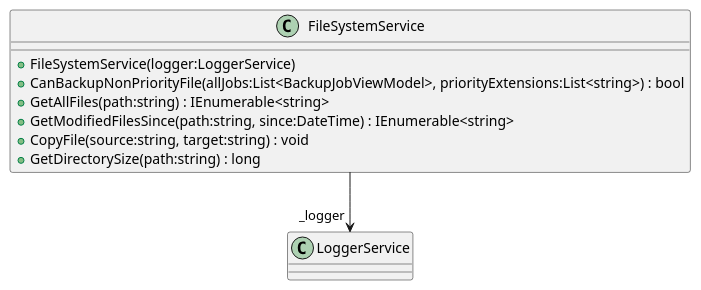
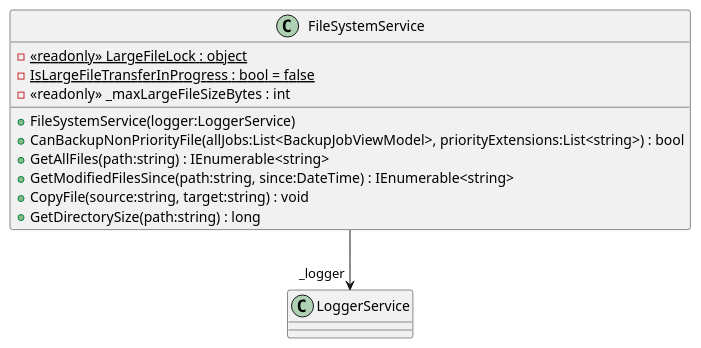
Before and after one commit to ArtyBrg/EasySave: the diagram in EASYSAVE_V3_0/UML Diagrams/diagrams/Class_diagrams_V3_0/Services/FileSystemService.puml, drawn with PlantUML. The commit also changed 137 other files, not shown here.

Commit message:
Change some comments and the class diagram

```diff
--- a/EASYSAVE_V3_0/UML Diagrams/diagrams/Class_diagrams_V3_0/Services/FileSystemService.puml
+++ b/EASYSAVE_V3_0/UML Diagrams/diagrams/Class_diagrams_V3_0/Services/FileSystemService.puml
@@ -1,11 +1,14 @@
 @startuml
 class FileSystemService {
+    - {static} <<readonly>> LargeFileLock : object
+    - {static} IsLargeFileTransferInProgress : bool = false
+    - <<readonly>> _maxLargeFileSizeBytes : int
     + FileSystemService(logger:LoggerService)
     + CanBackupNonPriorityFile(allJobs:List<BackupJobViewModel>, priorityExtensions:List<string>) : bool
     + GetAllFiles(path:string) : IEnumerable<string>
     + GetModifiedFilesSince(path:string, since:DateTime) : IEnumerable<string>
     + CopyFile(source:string, target:string) : void
     + GetDirectorySize(path:string) : long
 }
 FileSystemService --> "_logger" LoggerService
 @enduml
```
